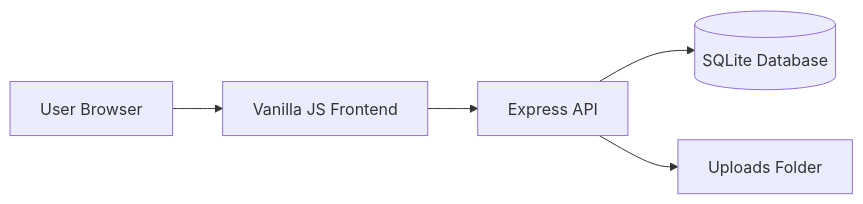
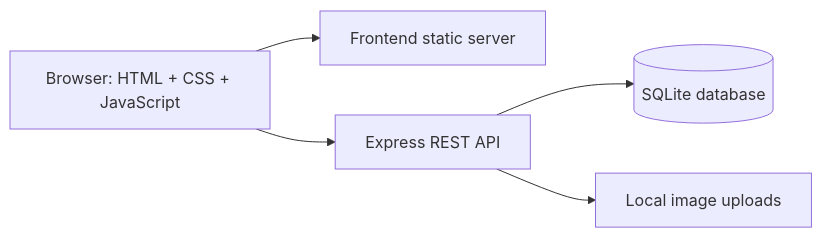
One commit to mohddilshadkhan2003/Mini-Insta-Clone changed the diagram in README.md. Above: the diagram before and after it, drawn with Mermaid. The commit also changed other lines of this file and 1 other file, not shown here.

Commit message:
Polish the README and add the missing vanilla JavaScript frontend app entry point.

````diff
--- a/README.md
+++ b/README.md
@@ -24,7 +46,7 @@
 ```mermaid
 flowchart LR
-    A[User Browser] --> B[Vanilla JS Frontend]
-    B --> C[Express API]
-    C --> D[(SQLite Database)]
-    C --> E[Uploads Folder]
+    Browser[Browser: HTML + CSS + JavaScript] --> Web[Frontend static server]
+    Browser --> API[Express REST API]
+    API --> DB[(SQLite database)]
+    API --> Files[Local image uploads]
 ```
````
